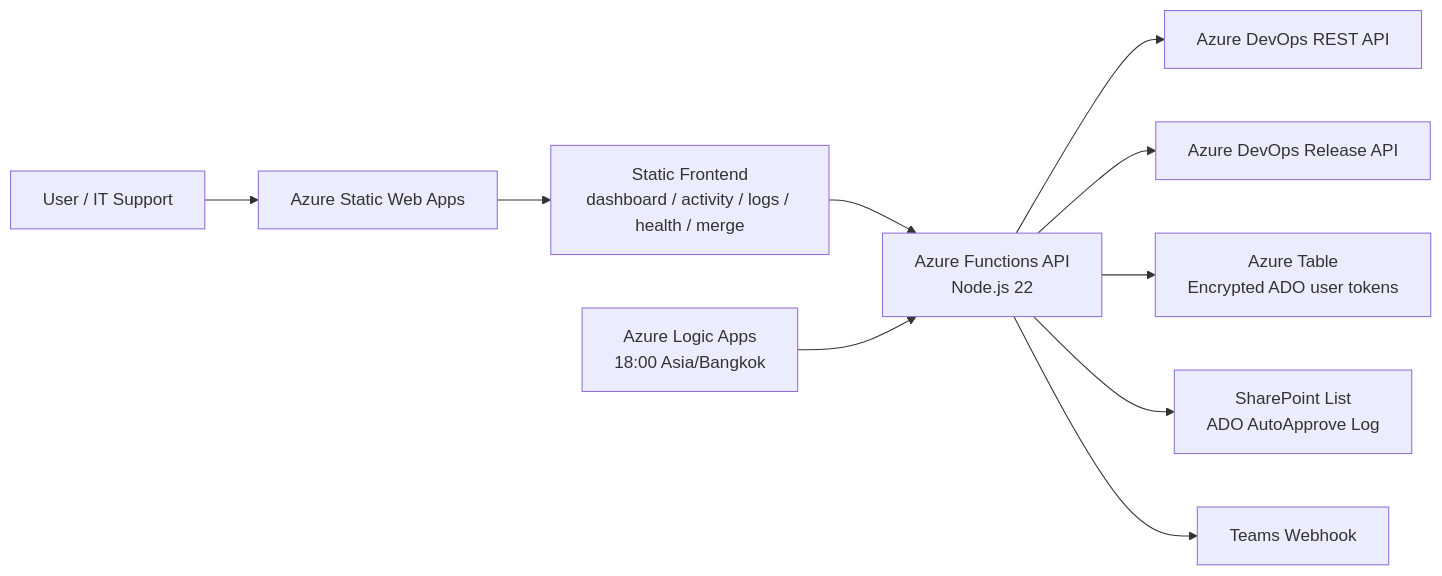
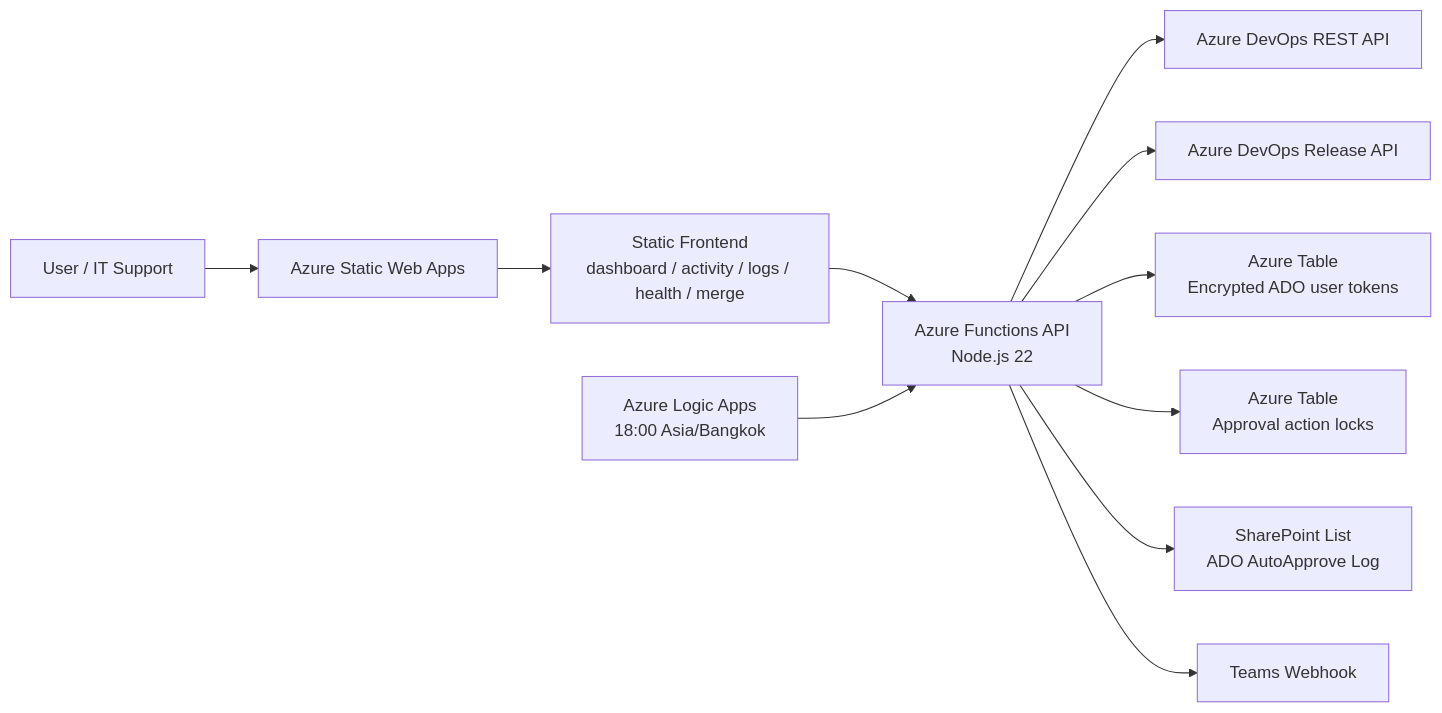
One commit to birdzee4-cmd/ado-auto-approve changed the diagram in README.md. Above: the diagram before and after it, drawn with Mermaid. The commit also changed other lines of this file and 3 other files, not shown here.

Commit message:
Add approval action distributed locks

````diff
--- a/README.md
+++ b/README.md
@@ -48,12 +48,13 @@
 ```mermaid
 flowchart LR
   User["User / IT Support"] --> SWA["Azure Static Web Apps"]
   SWA --> Frontend["Static Frontend<br/>dashboard / activity / logs / health / merge"]
   Frontend --> API["Azure Functions API<br/>Node.js 22"]
   API --> ADO["Azure DevOps REST API"]
   API --> Release["Azure DevOps Release API"]
   API --> TokenStore["Azure Table<br/>Encrypted ADO user tokens"]
+  API --> LockStore["Azure Table<br/>Approval action locks"]
   API --> SP["SharePoint List<br/>ADO AutoApprove Log"]
   API --> Teams["Teams Webhook"]
   Logic["Azure Logic Apps<br/>18:00 Asia/Bangkok"] --> API
 ```
````
